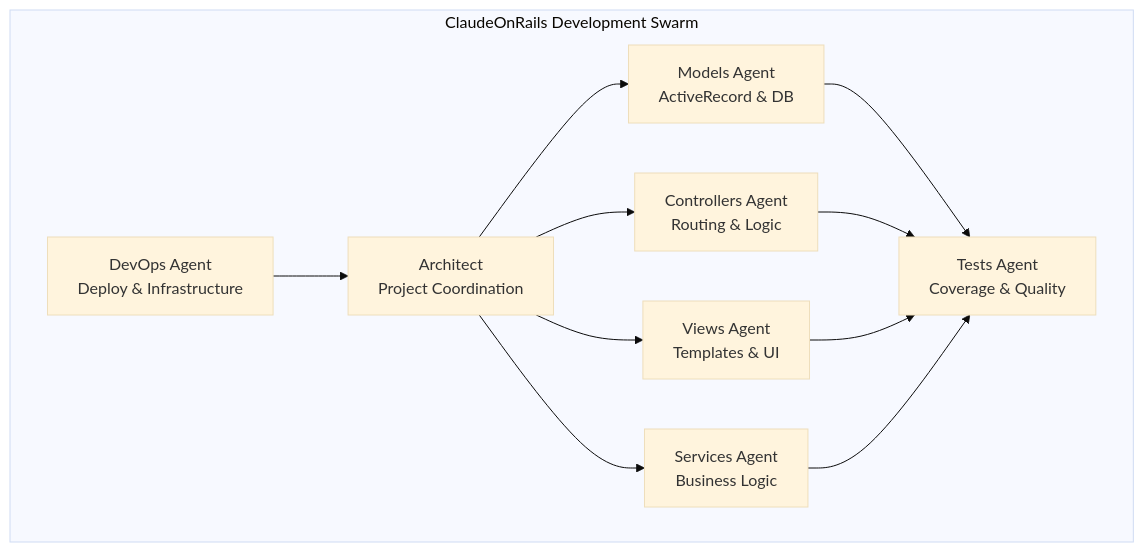
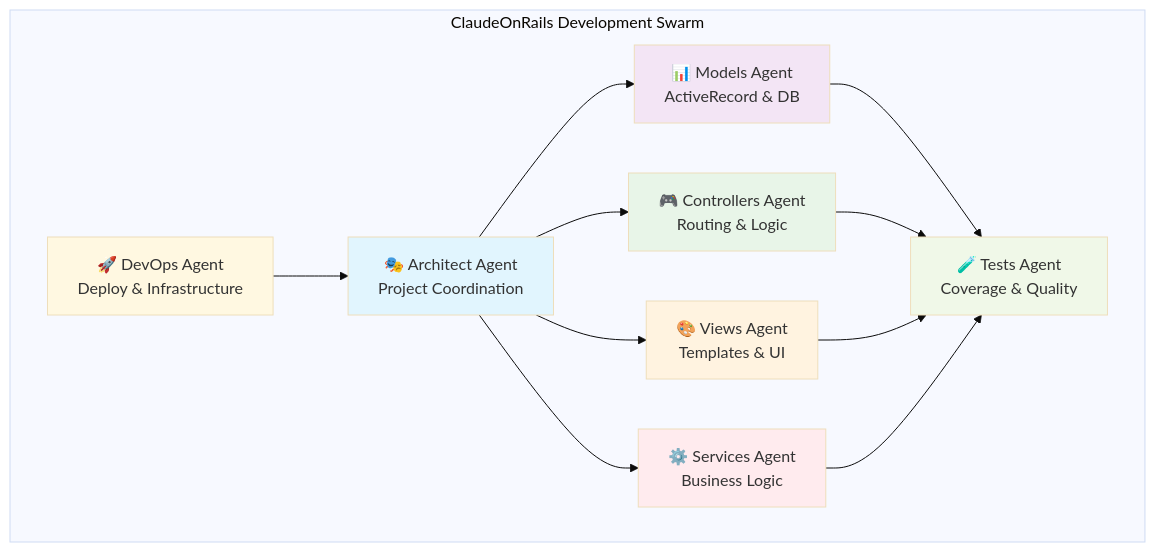
One commit to enogrob/enogrob.github.io changed the first of 9 diagrams in _posts/2025-06-29-claudeonrails-ai-powered-rails-development-swarm.md. Above: the diagram before and after it, drawn with Mermaid (base theme). The commit also changed other lines of this file, not shown here.

````diff
--- a/_posts/2025-06-29-claudeonrails-ai-powered-rails-development-swarm.md
+++ b/_posts/2025-06-29-claudeonrails-ai-powered-rails-development-swarm.md
@@ -31,22 +31,22 @@
 ```mermaid!
 graph TB
-subgraph "ClaudeOnRails Development Swarm"
-  Architect[Architect<br/>Project Coordination]
-  Models[Models Agent<br/>ActiveRecord & DB]
-  Controllers[Controllers Agent<br/>Routing & Logic]
-  Views[Views Agent<br/>Templates & UI]
-  Services[Services Agent<br/>Business Logic]
-  Tests[Tests Agent<br/>Coverage & Quality]
-  DevOps[DevOps Agent<br/>Deploy & Infrastructure]
-  
-  Architect --> Models
-  Architect --> Controllers
-  Architect --> Views
-  Architect --> Services
-  Models --> Tests
-  Controllers --> Tests
-  Views --> Tests
-  Services --> Tests
-  DevOps --> Architect
-end
+    subgraph "ClaudeOnRails Development Swarm"
+        A["🎭 Architect Agent<br/>Project Coordination"] --> B["📊 Models Agent<br/>ActiveRecord & DB"]
+        A --> C["🎮 Controllers Agent<br/>Routing & Logic"]
+        A --> D["🎨 Views Agent<br/>Templates & UI"]
+        A --> E["⚙️ Services Agent<br/>Business Logic"]
+        B --> F["🧪 Tests Agent<br/>Coverage & Quality"]
+        C --> F
+        D --> F
+        E --> F
+        G["🚀 DevOps Agent<br/>Deploy & Infrastructure"] --> A
+    end
+    
+    style A fill:#e1f5fe
+    style B fill:#f3e5f5
+    style C fill:#e8f5e8
+    style D fill:#fff3e0
+    style E fill:#ffebee
+    style F fill:#f0f8e8
+    style G fill:#fff8e1
 ```
````
